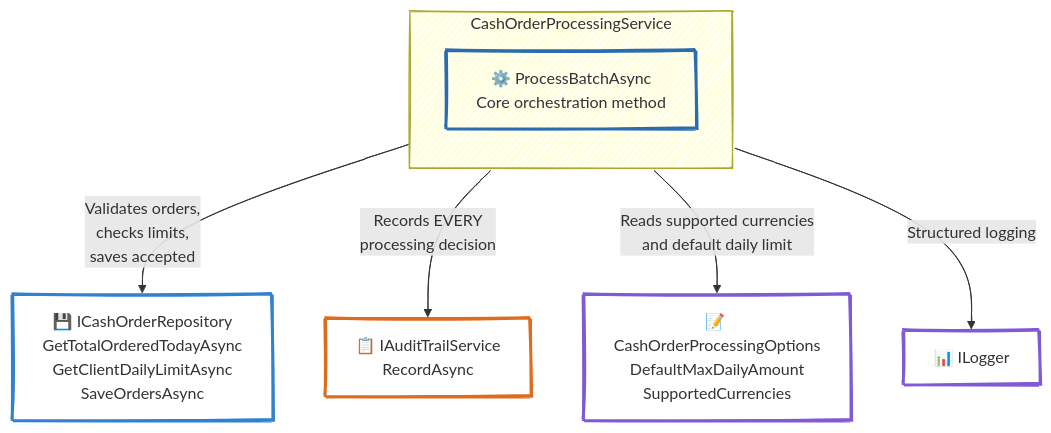
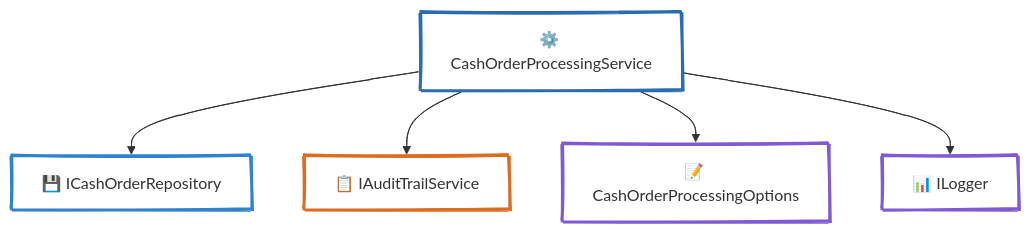
One commit to abezr/adaptive-cash-interview changed the first of 3 diagrams in docs/c4/code.md. Above: the diagram before and after it, drawn with Mermaid. The commit also changed other lines of this file, not shown here.

First line of the commit message:
Simplify code diagrams: short labels, no property lists in nodes

````diff
--- a/docs/c4/code.md
+++ b/docs/c4/code.md
@@ -13,24 +13,18 @@
 ```mermaid
 ---
 config:
   look: handDrawn
 ---
 flowchart TD
-    subgraph service ["CashOrderProcessingService"]
-        direction TB
-        SVC["⚙️ ProcessBatchAsync\nCore orchestration method"]:::router
-    end
+    SVC["⚙️ CashOrderProcessingService"]:::router
 
-    SVC -- "Validates orders,\nchecks limits,\nsaves accepted" --> REPO["💾 ICashOrderRepository\nGetTotalOrderedTodayAsync\nGetClientDailyLimitAsync\nSaveOrdersAsync"]:::db
-
-    SVC -- "Records EVERY\nprocessing decision" --> AUDIT["📋 IAuditTrailService\nRecordAsync"]:::audit
-
-    SVC -- "Reads supported currencies\nand default daily limit" --> OPTS["📝 CashOrderProcessingOptions\nDefaultMaxDailyAmount\nSupportedCurrencies"]:::context
-
-    SVC -- "Structured logging" --> LOG["📊 ILogger"]:::context
+    SVC --> REPO["💾 ICashOrderRepository"]:::db
+    SVC --> AUDIT["📋 IAuditTrailService"]:::audit
+    SVC --> OPTS["📝 CashOrderProcessingOptions"]:::context
+    SVC --> LOG["📊 ILogger"]:::context
 
     classDef router fill:transparent,stroke:#2B6CB0,stroke-width:3px
     classDef db fill:transparent,stroke:#3182CE,stroke-width:3px
     classDef audit fill:transparent,stroke:#DD6B20,stroke-width:3px
     classDef context fill:transparent,stroke:#805AD5,stroke-width:3px
 ```
````
